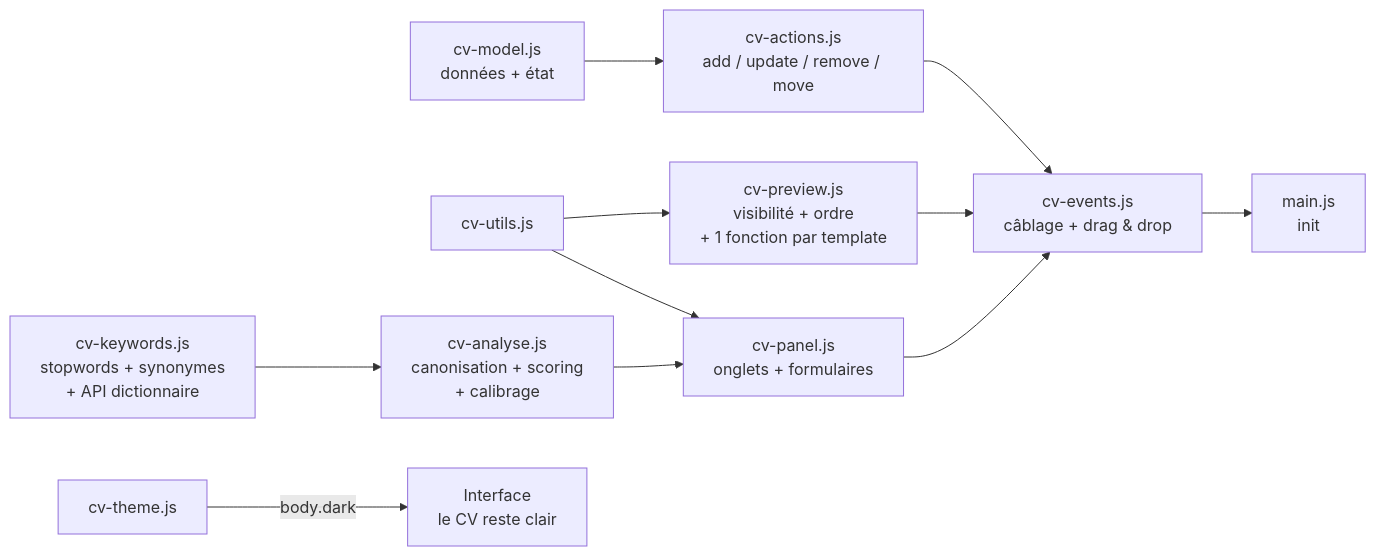
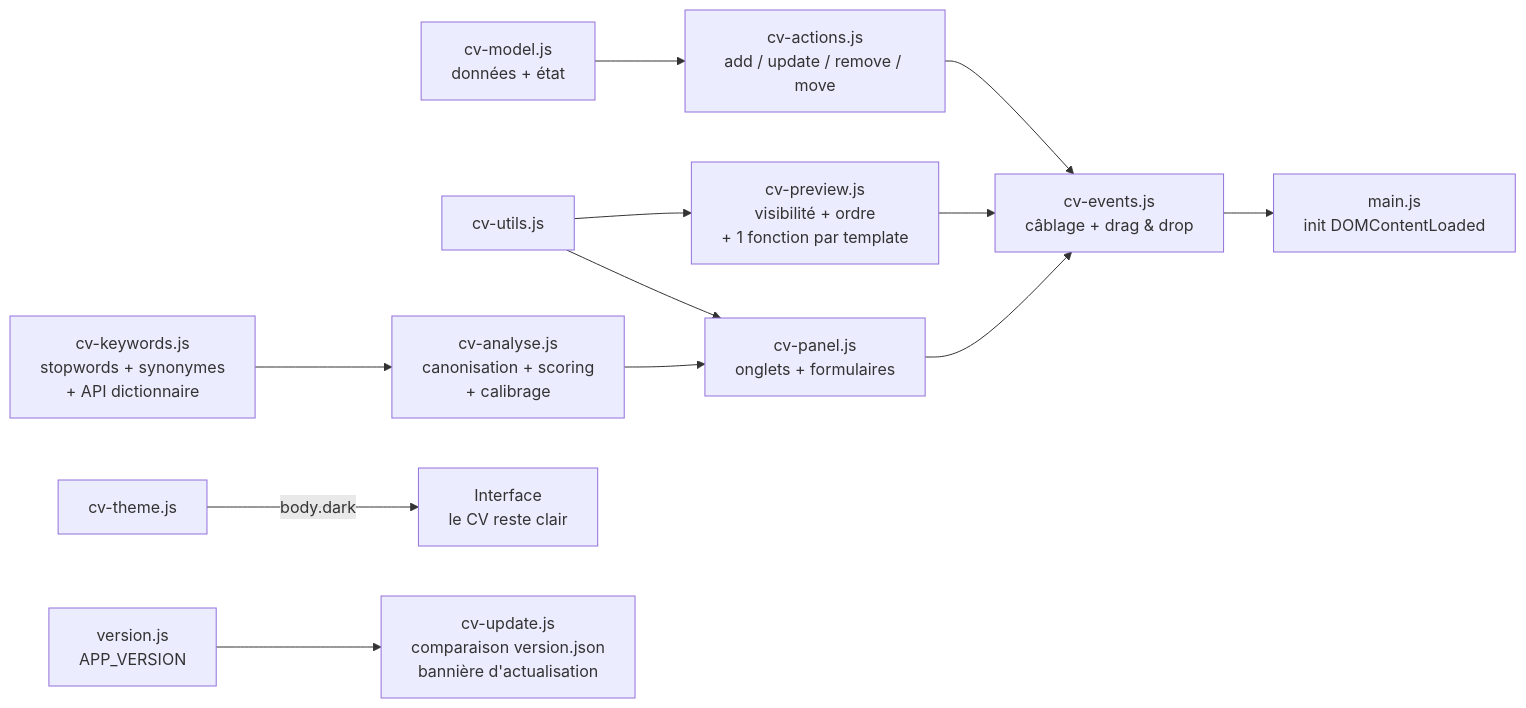
The diagram in README.md (LepetitPortfolio/CV-Editor), drawn with Mermaid before and after one commit. The commit also changed other lines of this file and 1 other file, not shown here.

````diff
--- a/README.md
+++ b/README.md
@@ -127,13 +136,14 @@
 ```mermaid
 flowchart LR
     M[cv-model.js<br/>données + état] --> A[cv-actions.js<br/>add / update / remove / move]
     U[cv-utils.js] --> P[cv-panel.js<br/>onglets + formulaires]
     U --> V[cv-preview.js<br/>visibilité + ordre<br/>+ 1 fonction par template]
     K[cv-keywords.js<br/>stopwords + synonymes<br/>+ API dictionnaire] --> AN[cv-analyse.js<br/>canonisation + scoring<br/>+ calibrage]
     AN --> P
     A --> E[cv-events.js<br/>câblage + drag & drop]
     P --> E
     V --> E
-    E --> I[main.js<br/>init]
+    E --> I[main.js<br/>init DOMContentLoaded]
     G[cv-theme.js] -->|body.dark| H[Interface<br/>le CV reste clair]
+    V2[version.js<br/>APP_VERSION] --> UP[cv-update.js<br/>comparaison version.json<br/>bannière d'actualisation]
 ```
````
